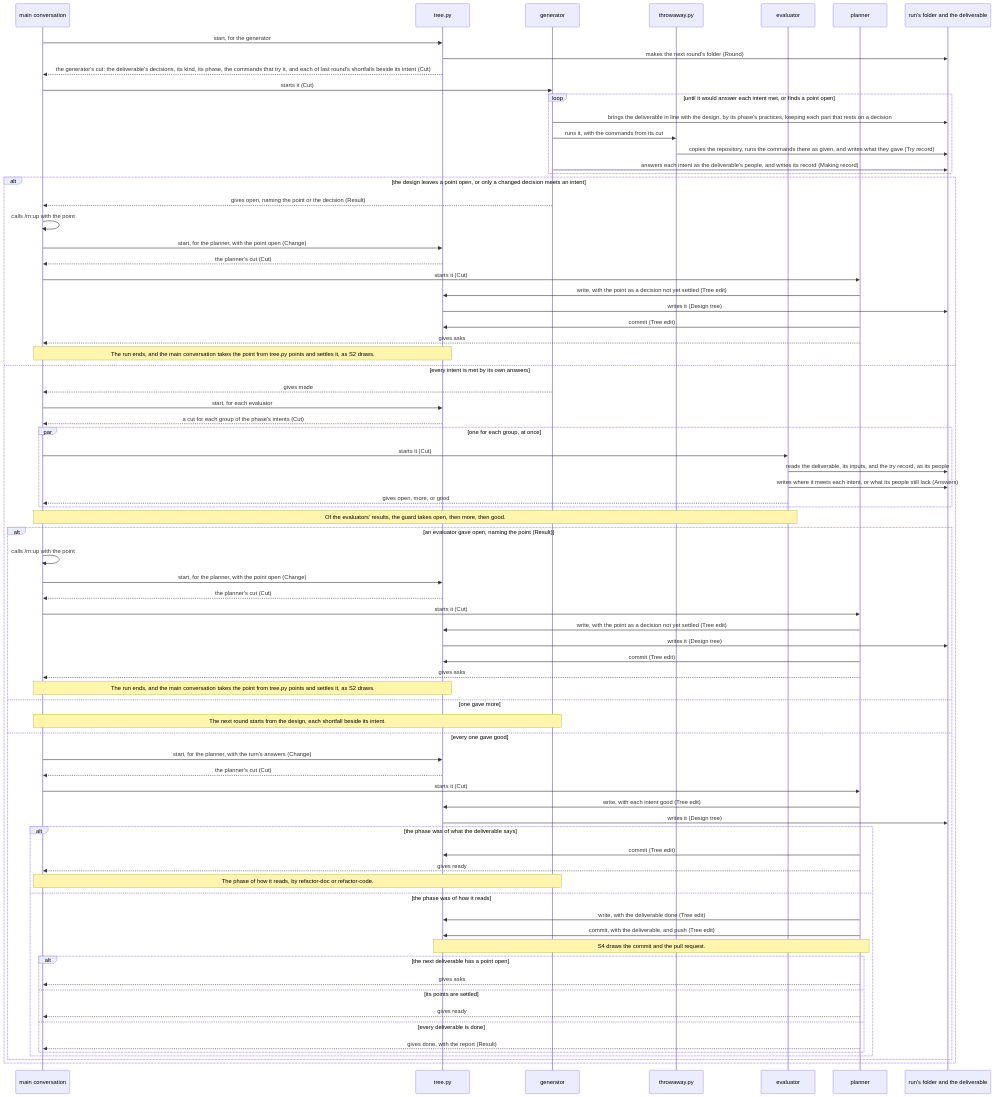
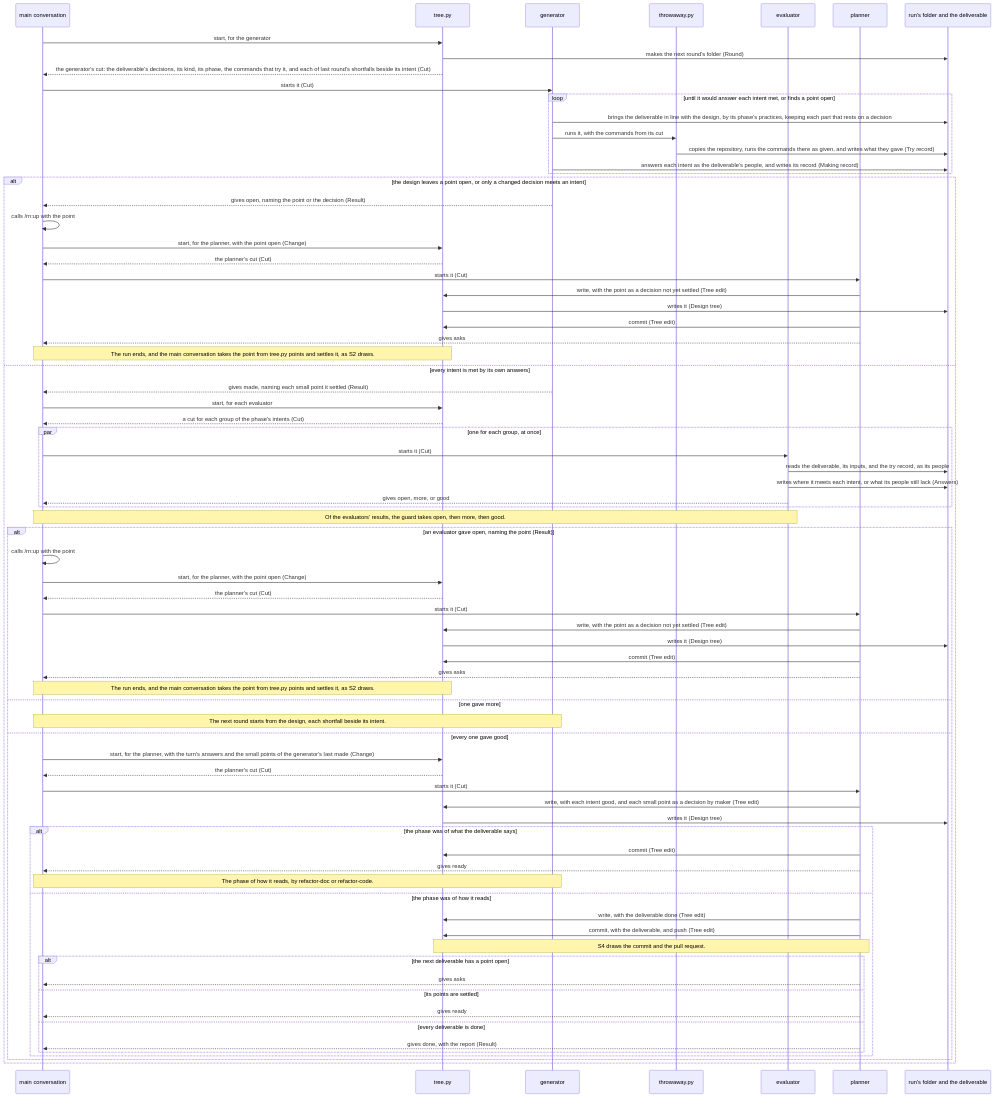
The third of 6 diagrams in dev/rn/architecture.md (lovaizu/ccpm), drawn with Mermaid before and after one commit. The commit also changed other lines of this file and 2 other files, not shown here.

````diff
--- a/dev/rn/architecture.md
+++ b/dev/rn/architecture.md
@@ -520,78 +522,78 @@
 ```mermaid
 sequenceDiagram
   participant M as main conversation
   participant T as tree.py
   participant G as generator
   participant W as throwaway.py
   participant E as evaluator
   participant P as planner
   participant R as run's folder and the deliverable
   M->>T: start, for the generator
   T->>R: makes the next round's folder (Round)
   T-->>M: the generator's cut: the deliverable's decisions, its kind, its phase, the commands that try it, and each of last round's shortfalls beside its intent (Cut)
   M->>G: starts it (Cut)
   loop until it would answer each intent met, or finds a point open
     G->>R: brings the deliverable in line with the design, by its phase's practices, keeping each part that rests on a decision
     G->>W: runs it, with the commands from its cut
     W->>R: copies the repository, runs the commands there as given, and writes what they gave (Try record)
     G->>R: answers each intent as the deliverable's people, and writes its record (Making record)
   end
   alt the design leaves a point open, or only a changed decision meets an intent
     G-->>M: gives open, naming the point or the decision (Result)
     M->>M: calls /rn:up with the point
     M->>T: start, for the planner, with the point open (Change)
     T-->>M: the planner's cut (Cut)
     M->>P: starts it (Cut)
     P->>T: write, with the point as a decision not yet settled (Tree edit)
     T->>R: writes it (Design tree)
     P->>T: commit (Tree edit)
     P-->>M: gives asks
     Note over M,T: The run ends, and the main conversation takes the point from tree.py points and settles it, as S2 draws.
   else every intent is met by its own answers
-    G-->>M: gives made
+    G-->>M: gives made, naming each small point it settled (Result)
     M->>T: start, for each evaluator
     T-->>M: a cut for each group of the phase's intents (Cut)
     par one for each group, at once
       M->>E: starts it (Cut)
       E->>R: reads the deliverable, its inputs, and the try record, as its people
       E->>R: writes where it meets each intent, or what its people still lack (Answers)
       E-->>M: gives open, more, or good
     end
     Note over M,E: Of the evaluators' results, the guard takes open, then more, then good.
     alt an evaluator gave open, naming the point (Result)
       M->>M: calls /rn:up with the point
       M->>T: start, for the planner, with the point open (Change)
       T-->>M: the planner's cut (Cut)
       M->>P: starts it (Cut)
       P->>T: write, with the point as a decision not yet settled (Tree edit)
       T->>R: writes it (Design tree)
       P->>T: commit (Tree edit)
       P-->>M: gives asks
       Note over M,T: The run ends, and the main conversation takes the point from tree.py points and settles it, as S2 draws.
     else one gave more
       Note over M,G: The next round starts from the design, each shortfall beside its intent.
     else every one gave good
-      M->>T: start, for the planner, with the turn's answers (Change)
+      M->>T: start, for the planner, with the turn's answers and the small points of the generator's last made (Change)
       T-->>M: the planner's cut (Cut)
       M->>P: starts it (Cut)
-      P->>T: write, with each intent good (Tree edit)
+      P->>T: write, with each intent good, and each small point as a decision by maker (Tree edit)
       T->>R: writes it (Design tree)
       alt the phase was of what the deliverable says
         P->>T: commit (Tree edit)
         P-->>M: gives ready
         Note over M,G: The phase of how it reads, by refactor-doc or refactor-code.
       else the phase was of how it reads
         P->>T: write, with the deliverable done (Tree edit)
         P->>T: commit, with the deliverable, and push (Tree edit)
         Note over P,T: S4 draws the commit and the pull request.
         alt the next deliverable has a point open
           P-->>M: gives asks
         else its points are settled
           P-->>M: gives ready
         else every deliverable is done
           P-->>M: gives done, with the report (Result)
         end
       end
     end
   end
 ```
````
